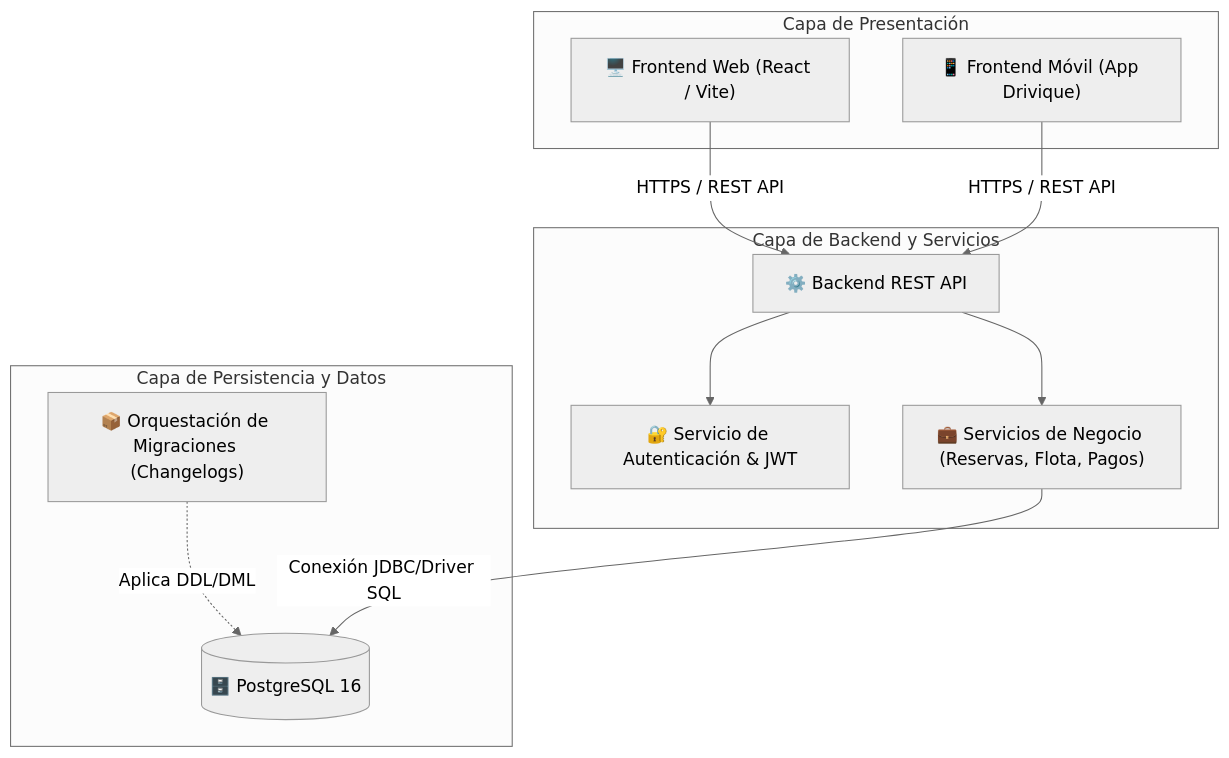
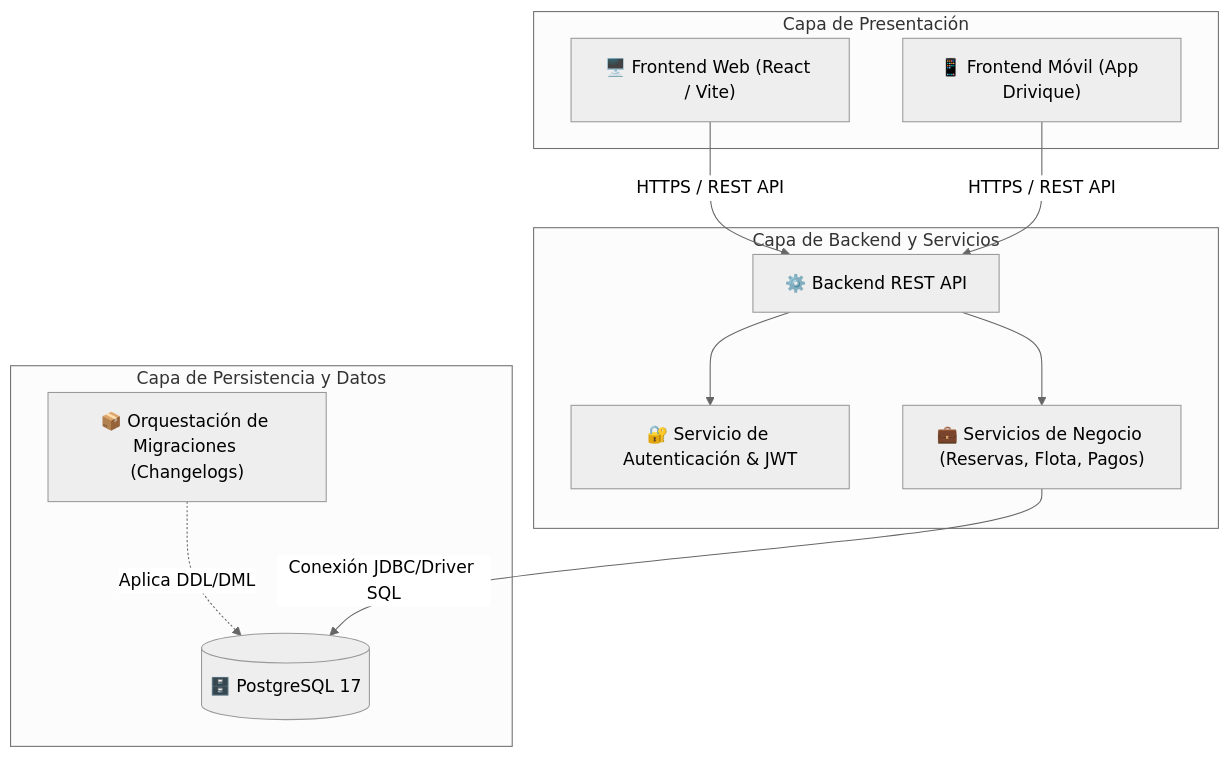
The diagram in docs/04-architecture/overview.md (project-drivique/Documentation), drawn with Mermaid (neutral theme) before and after one commit. The commit also changed other lines of this file and 2 other files, not shown here.

Commit message:
docs(database): update postgresql version from 16 to 17

````diff
--- a/docs/04-architecture/overview.md
+++ b/docs/04-architecture/overview.md
@@ -9,25 +9,25 @@
 ```mermaid
 graph TD
     subgraph Presentacion["Capa de Presentación"]
         WebClient["🖥️ Frontend Web (React / Vite)"]
         MobileClient["📱 Frontend Móvil (App Drivique)"]
     end
 
     subgraph Aplicacion["Capa de Backend y Servicios"]
         API["⚙️ Backend REST API"]
         AuthService["🔐 Servicio de Autenticación & JWT"]
         BusinessLogic["💼 Servicios de Negocio (Reservas, Flota, Pagos)"]
         API --> AuthService
         API --> BusinessLogic
     end
 
     subgraph Persistencia["Capa de Persistencia y Datos"]
-        DB[(🗄️ PostgreSQL 16)]
+        DB[(🗄️ PostgreSQL 17)]
         Liquibase["📦 Orquestación de Migraciones (Changelogs)"]
         Liquibase -.->|Aplica DDL/DML| DB
     end
 
     WebClient -->|HTTPS / REST API| API
     MobileClient -->|HTTPS / REST API| API
     BusinessLogic -->|Conexión JDBC/Driver SQL| DB
 ```
````
